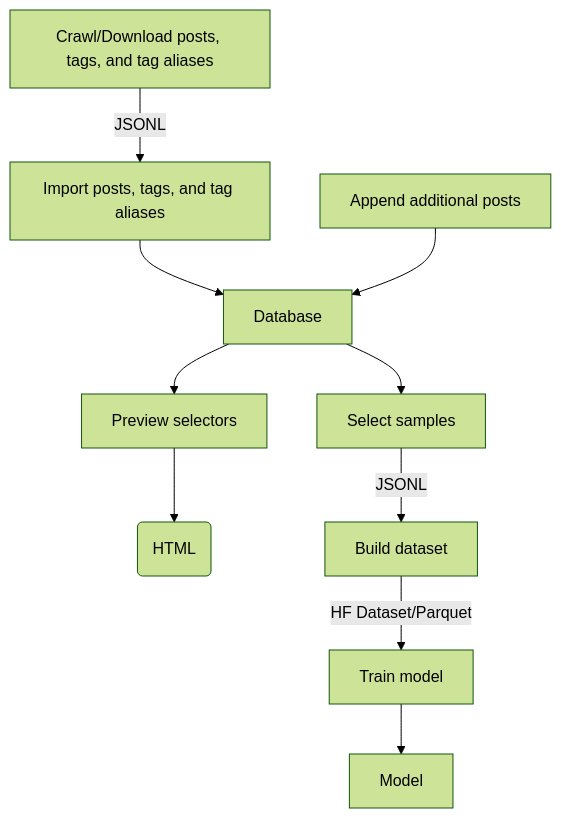
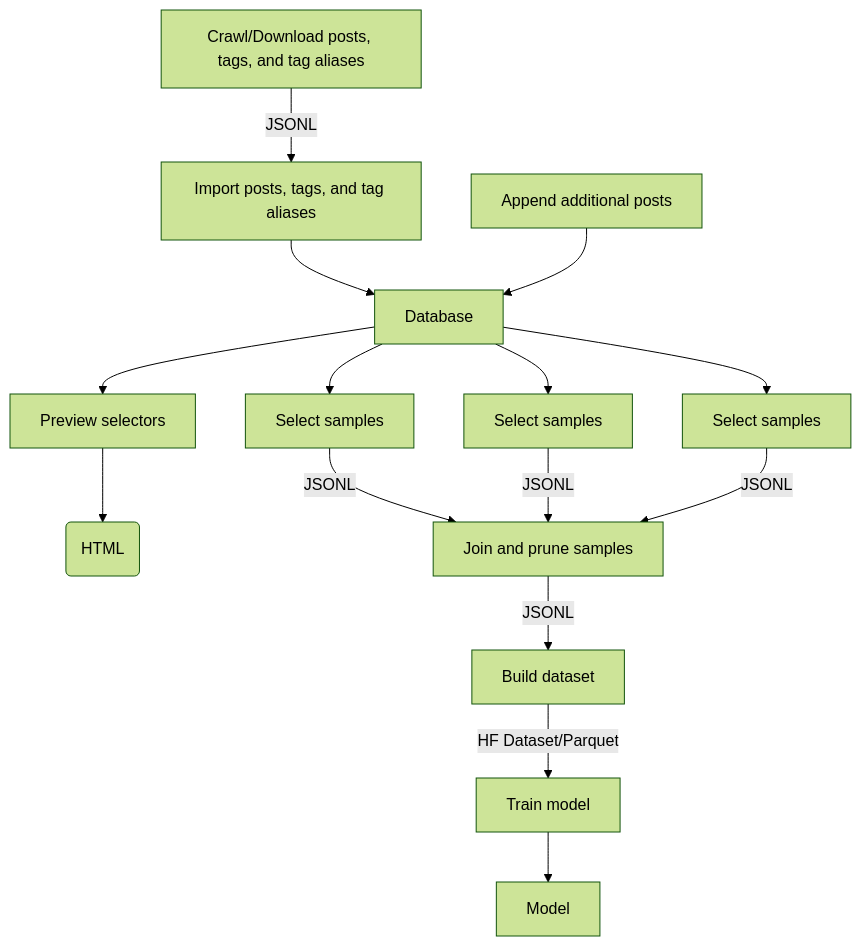
One commit to hearmeneigh/dataset-rising changed the diagram in README.md. Above: the diagram before and after it, drawn with Mermaid (forest theme). The commit also changed other lines of this file and 6 other files, not shown here.

````diff
--- a/README.md
+++ b/README.md
@@ -312,12 +317,17 @@
 ```mermaid
 flowchart TD
     CRAWL[Crawl/Download posts, tags, and tag aliases] -- JSONL --> IMPORT
     IMPORT[Import posts, tags, and tag aliases] --> STORE
     APPEND[Append additional posts] --> STORE
     STORE[Database] --> PREVIEW
-    STORE --> SELECT
+    STORE --> SELECT1
+    STORE --> SELECT2
+    STORE --> SELECT3
     PREVIEW[Preview selectors] --> HTML(HTML)
-    SELECT[Select samples] -- JSONL --> BUILD
+    SELECT1[Select samples] -- JSONL --> JOIN
+    SELECT2[Select samples] -- JSONL --> JOIN
+    SELECT3[Select samples] -- JSONL --> JOIN
+    JOIN[Join and prune samples] -- JSONL --> BUILD 
     BUILD[Build dataset] -- HF Dataset/Parquet --> TRAIN
     TRAIN[Train model] --> MODEL[Model]
 ```
````
